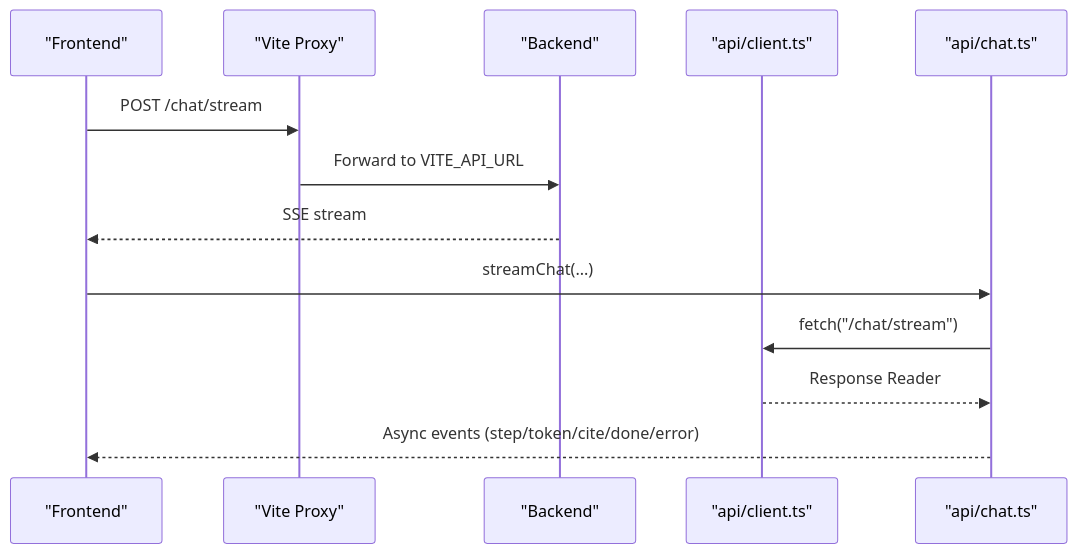
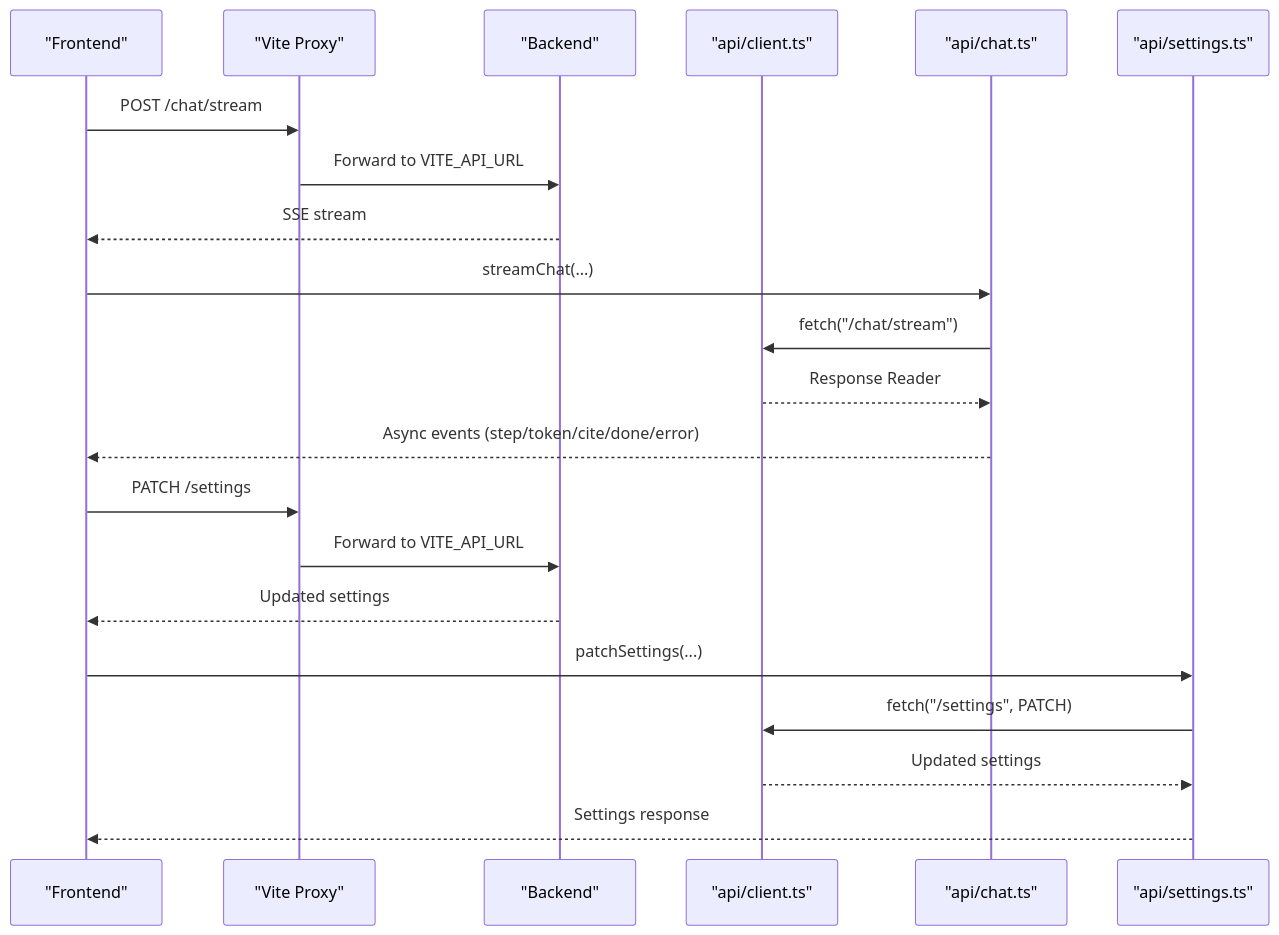
Before and after one commit to genes8/private-ai: the eighth of 12 diagrams in .qoder/repowiki/en/content/Architecture and Design/Frontend Architecture.md, drawn with Mermaid. The commit also changed other lines of this file and 55 other files, not shown here.

````diff
--- a/.qoder/repowiki/en/content/Architecture and Design/Frontend Architecture.md
+++ b/.qoder/repowiki/en/content/Architecture and Design/Frontend Architecture.md
@@ -323,15 +416,23 @@
 ```mermaid
 sequenceDiagram
 participant FE as "Frontend"
 participant VC as "Vite Proxy"
 participant BE as "Backend"
 participant AC as "api/client.ts"
 participant AT as "api/chat.ts"
+participant AS as "api/settings.ts"
 FE->>VC : POST /chat/stream
 VC->>BE : Forward to VITE_API_URL
 BE-->>FE : SSE stream
 FE->>AT : streamChat(...)
 AT->>AC : fetch("/chat/stream")
 AC-->>AT : Response Reader
 AT-->>FE : Async events (step/token/cite/done/error)
+FE->>VC : PATCH /settings
+VC->>BE : Forward to VITE_API_URL
+BE-->>FE : Updated settings
+FE->>AS : patchSettings(...)
+AS->>AC : fetch("/settings", PATCH)
+AC-->>AS : Updated settings
+AS-->>FE : Settings response
 ```
````
